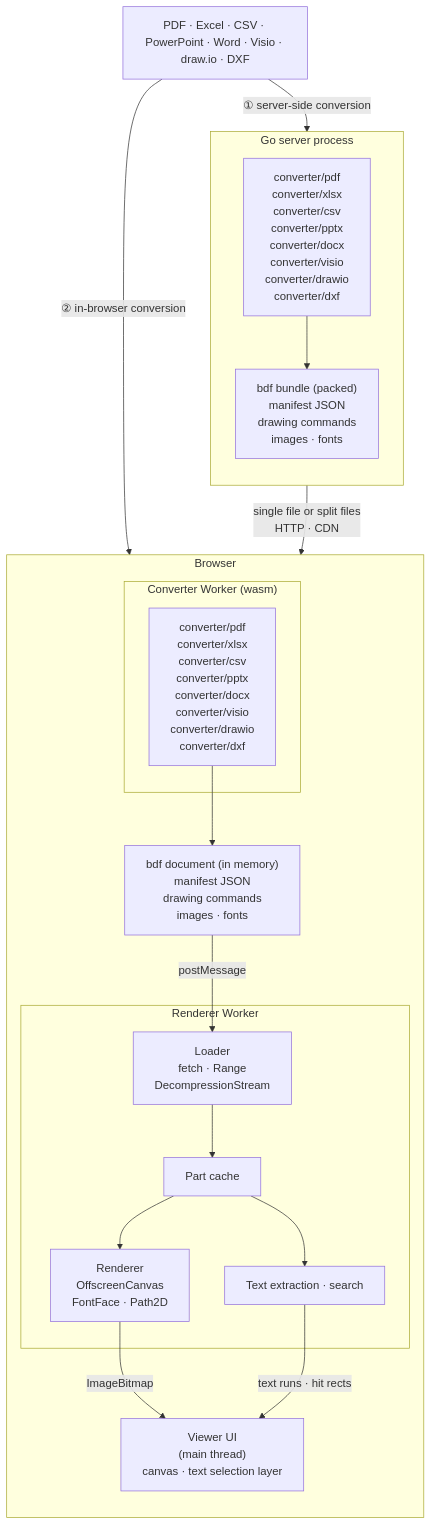
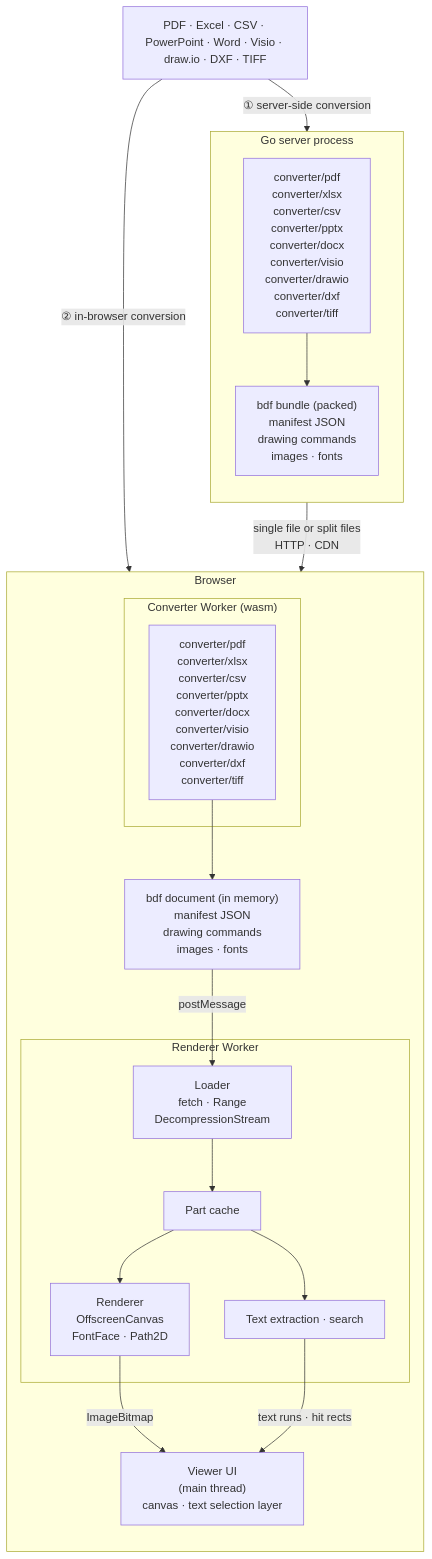
Before and after one commit to shibukawa/bdf: the diagram in README.md, drawn with Mermaid. The commit also changed other lines of this file and 82 other files, not shown here.

````diff
--- a/README.md
+++ b/README.md
@@ -13,37 +13,37 @@
 ```mermaid
 flowchart TB
-    SRC["PDF · Excel · CSV · PowerPoint · Word · Visio · draw.io · DXF"]
+    SRC["PDF · Excel · CSV · PowerPoint · Word · Visio · draw.io · DXF · TIFF"]
 
     subgraph SERVER["Go server process"]
         direction TB
-        SCONV["converter/pdf<br/>converter/xlsx<br/>converter/csv<br/>converter/pptx<br/>converter/docx<br/>converter/visio<br/>converter/drawio<br/>converter/dxf"]
+        SCONV["converter/pdf<br/>converter/xlsx<br/>converter/csv<br/>converter/pptx<br/>converter/docx<br/>converter/visio<br/>converter/drawio<br/>converter/dxf<br/>converter/tiff"]
         BUNDLE["bdf bundle (packed)<br/>manifest JSON<br/>drawing commands<br/>images · fonts"]
         SCONV --> BUNDLE
     end
 
     subgraph BROWSER["Browser"]
         direction TB
         subgraph CWORKER["Converter Worker (wasm)"]
-            WCONV["converter/pdf<br/>converter/xlsx<br/>converter/csv<br/>converter/pptx<br/>converter/docx<br/>converter/visio<br/>converter/drawio<br/>converter/dxf"]
+            WCONV["converter/pdf<br/>converter/xlsx<br/>converter/csv<br/>converter/pptx<br/>converter/docx<br/>converter/visio<br/>converter/drawio<br/>converter/dxf<br/>converter/tiff"]
         end
         PARTS["bdf document (in memory)<br/>manifest JSON<br/>drawing commands<br/>images · fonts"]
         subgraph RWORKER["Renderer Worker"]
             LOADER["Loader<br/>fetch · Range<br/>DecompressionStream"]
             STORE["Part cache"]
             RENDER["Renderer<br/>OffscreenCanvas<br/>FontFace · Path2D"]
             TEXT["Text extraction · search"]
             LOADER --> STORE
             STORE --> RENDER
             STORE --> TEXT
         end
         UI["Viewer UI<br/>(main thread)<br/>canvas · text selection layer"]
         WCONV --> PARTS
     end
 
     SRC -- "① server-side conversion" --> SCONV
     SRC -- "② in-browser conversion" --> WCONV
     BUNDLE -- "single file or split files<br/>HTTP · CDN" --> LOADER
     PARTS -- "postMessage" --> LOADER
     RENDER -- "ImageBitmap" --> UI
     TEXT -- "text runs · hit rects" --> UI
 ```
````
